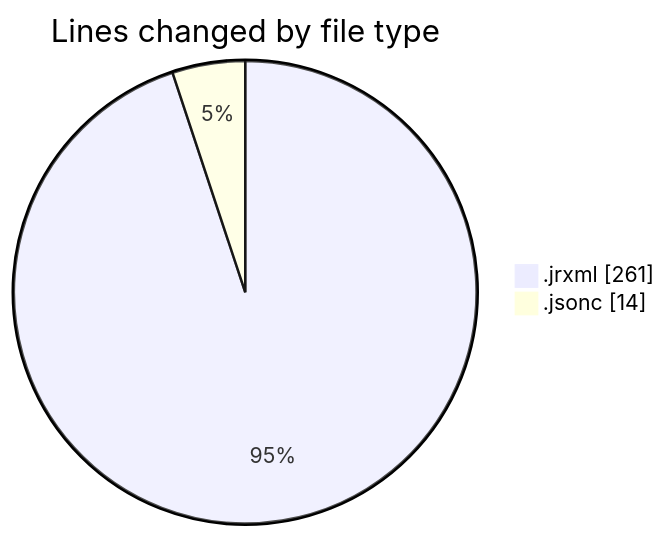
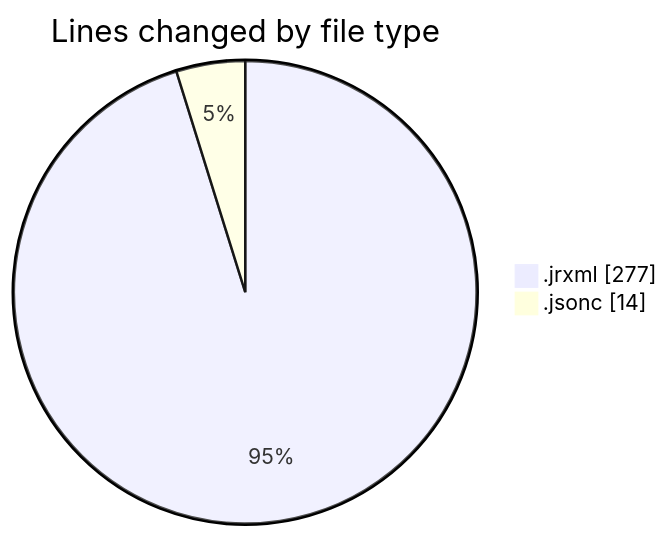
Before and after one commit to ricardozamudiocil/code-tracking: the first of 2 diagrams in 2026-07-09/cilreports__workspace_/README.md, drawn with Mermaid. The commit also changed other lines of this file and 1 other file, not shown here.

````diff
--- a/2026-07-09/cilreports__workspace_/README.md
+++ b/2026-07-09/cilreports__workspace_/README.md
@@ -21,6 +21,6 @@
 ```mermaid
 pie showData
 title Lines changed by file type
-".jrxml" : 261
+".jrxml" : 277
 ".jsonc" : 14
 ```
````
